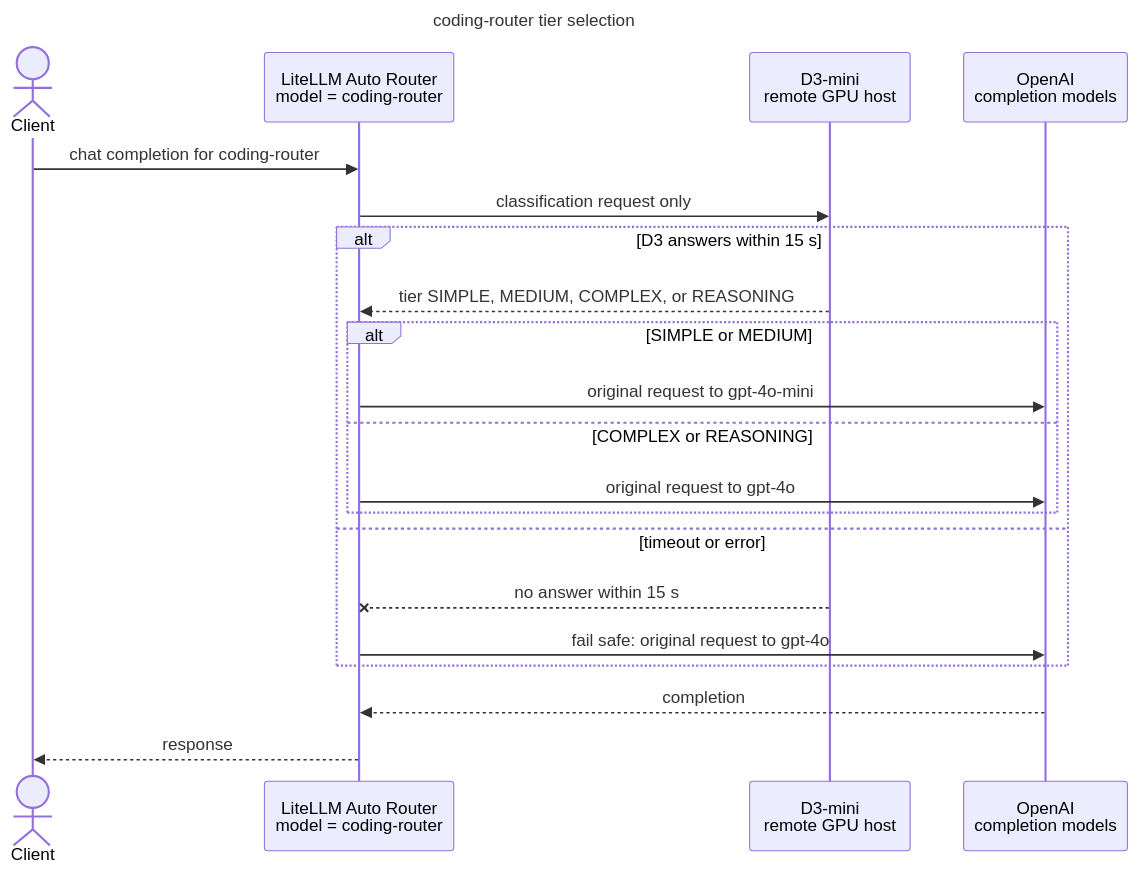
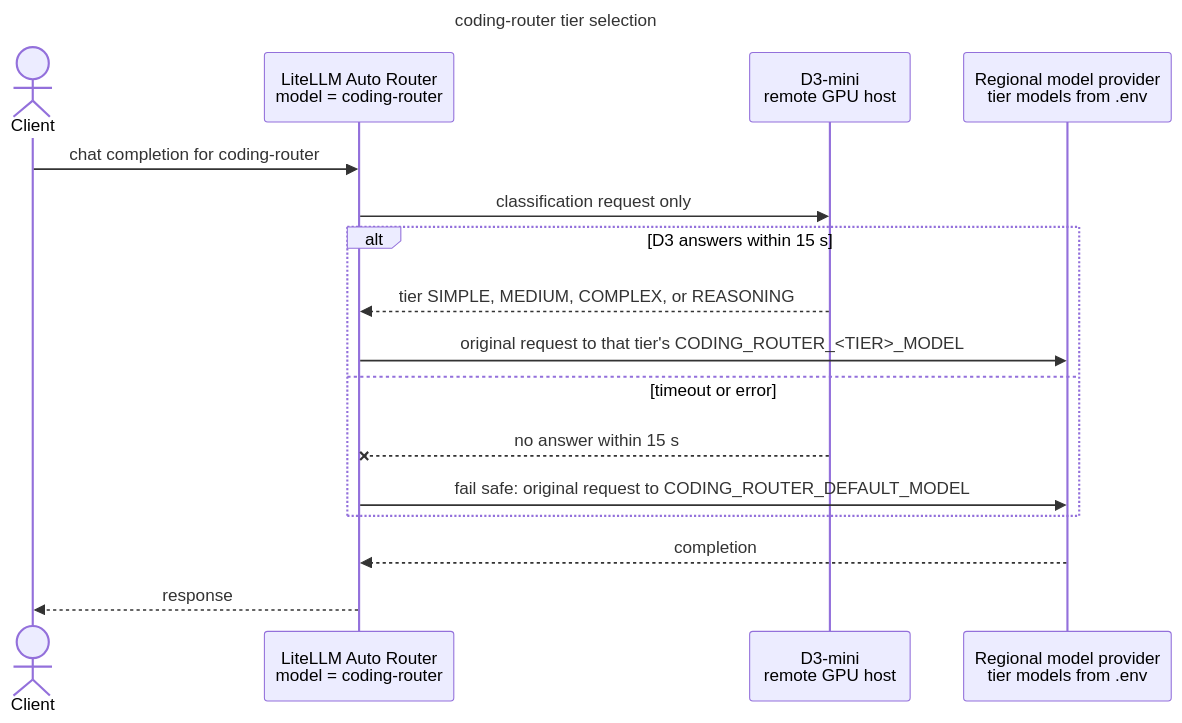
Before and after one commit to bella-1337/effective-spoon: the diagram in diagrams/11-coding-router-flow.mmd, drawn with Mermaid. The commit also changed 27 other files, not shown here.

```diff
--- a/diagrams/11-coding-router-flow.mmd
+++ b/diagrams/11-coding-router-flow.mmd
@@ -1,28 +1,24 @@
 ---
 title: coding-router tier selection
 ---
 sequenceDiagram
   %% Source for 11-coding-router-flow.html. Edit this file, then run ./scripts/render-diagrams.py.
   %% Directives: docs in diagrams/README.md (Updating diagrams).
   %% @subtitle Only the classification request leaves for the remote D3-mini host; the completion goes to the selected tier
-  %% @type external: D3 OAI
+  %% @type external: D3 EUP
   actor C as Client
   participant AR as LiteLLM Auto Router<br/>model = coding-router
   participant D3 as D3-mini<br/>remote GPU host
-  participant OAI as OpenAI<br/>completion models
+  participant EUP as Regional model provider<br/>tier models from .env
 
   C->>AR: chat completion for coding-router
   AR->>D3: classification request only
   alt D3 answers within 15 s
     D3-->>AR: tier SIMPLE, MEDIUM, COMPLEX, or REASONING
-    alt SIMPLE or MEDIUM
-      AR->>OAI: original request to gpt-4o-mini
-    else COMPLEX or REASONING
-      AR->>OAI: original request to gpt-4o
-    end
+    AR->>EUP: original request to that tier's CODING_ROUTER_<TIER>_MODEL
   else timeout or error
     D3--xAR: no answer within 15 s
-    AR->>OAI: fail safe: original request to gpt-4o
+    AR->>EUP: fail safe: original request to CODING_ROUTER_DEFAULT_MODEL
   end
-  OAI-->>AR: completion
+  EUP-->>AR: completion
   AR-->>C: response
```
